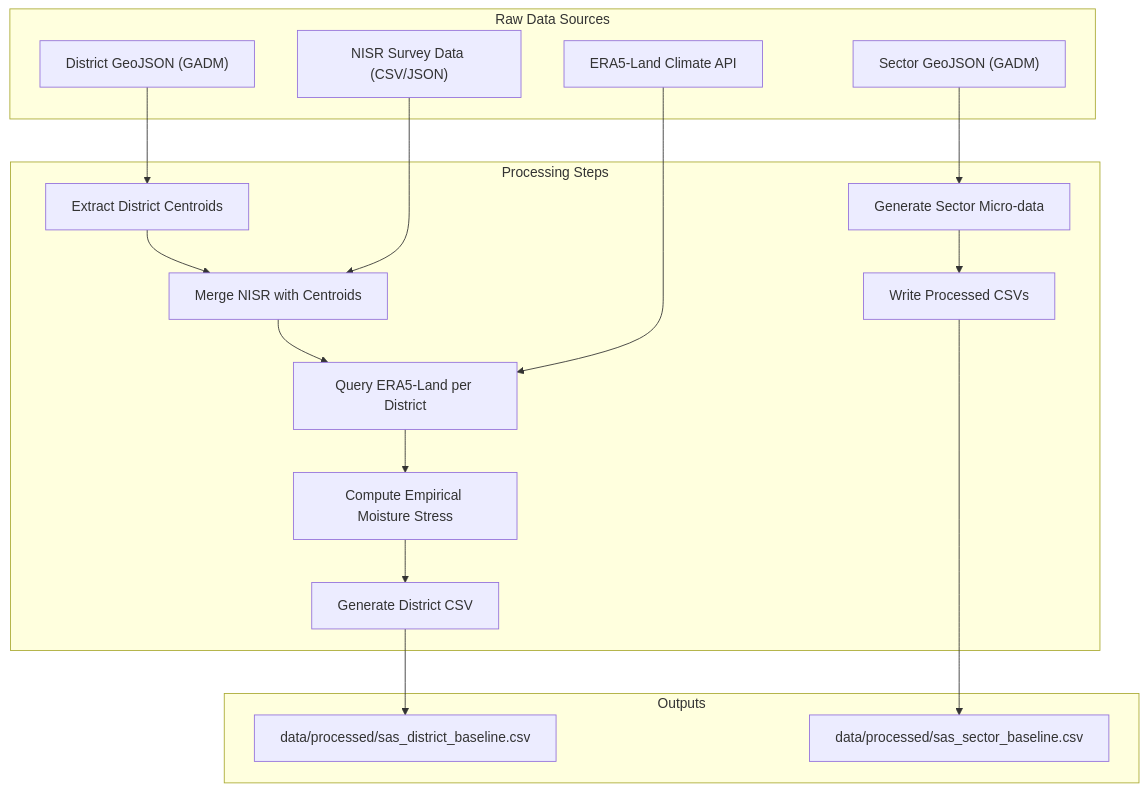
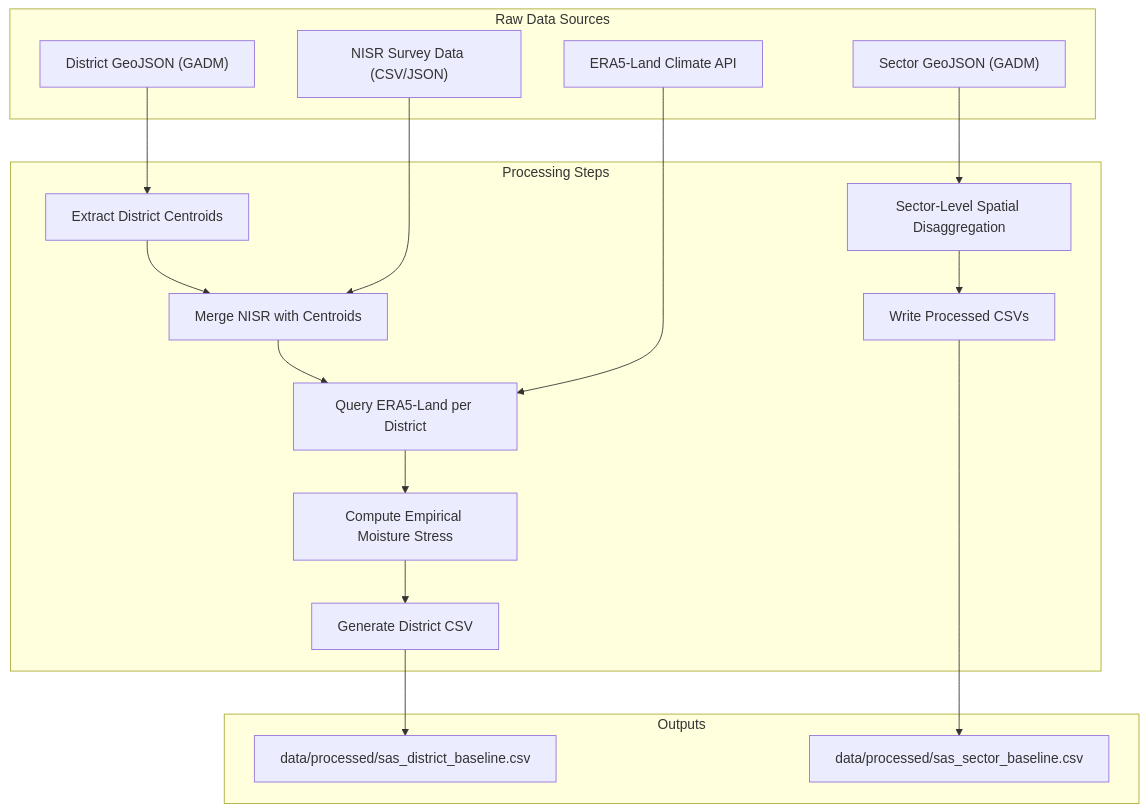
One commit to Bamwesigye-Calvin-Kiiza/Agrishiled-Rwanda- changed the diagram in README.md. Above: the diagram before and after it, drawn with Mermaid. The commit also changed other lines of this file and 1 other file, not shown here.

````diff
--- a/README.md
+++ b/README.md
@@ -36,34 +36,34 @@
 ```mermaid
 flowchart TD
     subgraph RawData["Raw Data Sources"]
         A["District GeoJSON (GADM)"]
         B["Sector GeoJSON (GADM)"]
         C["NISR Survey Data (CSV/JSON)"]
         D["ERA5-Land Climate API"]
     end
     subgraph Processing["Processing Steps"]
         E["Extract District Centroids"]
         F["Merge NISR with Centroids"]
         G["Query ERA5-Land per District"]
         H["Compute Empirical Moisture Stress"]
         I["Generate District CSV"]
-        J["Generate Sector Micro-data"]
+        J["Sector-Level Spatial Disaggregation"]
         K["Write Processed CSVs"]
     end
     subgraph Output["Outputs"]
         L["data/processed/sas_district_baseline.csv"]
         M["data/processed/sas_sector_baseline.csv"]
     end
 
     A --> E
     E --> F
     C --> F
     F --> G
     D --> G
     G --> H
     H --> I
     I --> L
     B --> J
     J --> K
     K --> M
 ```
````
